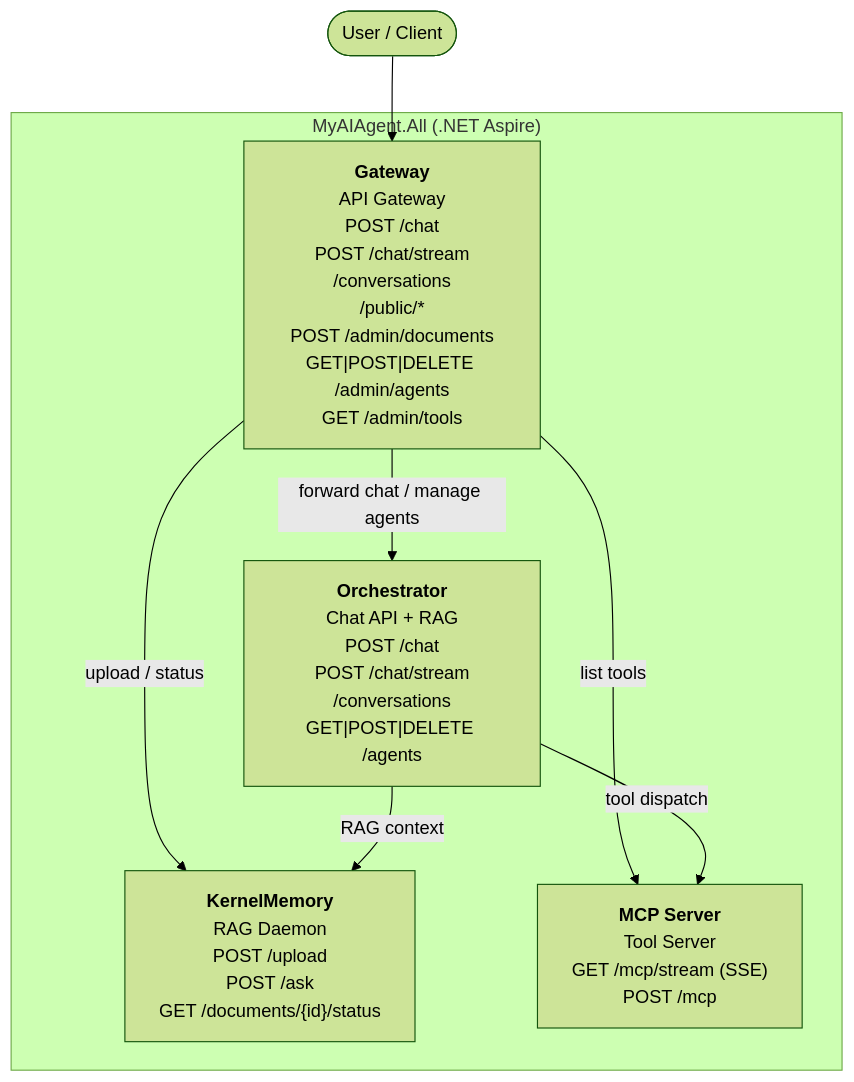
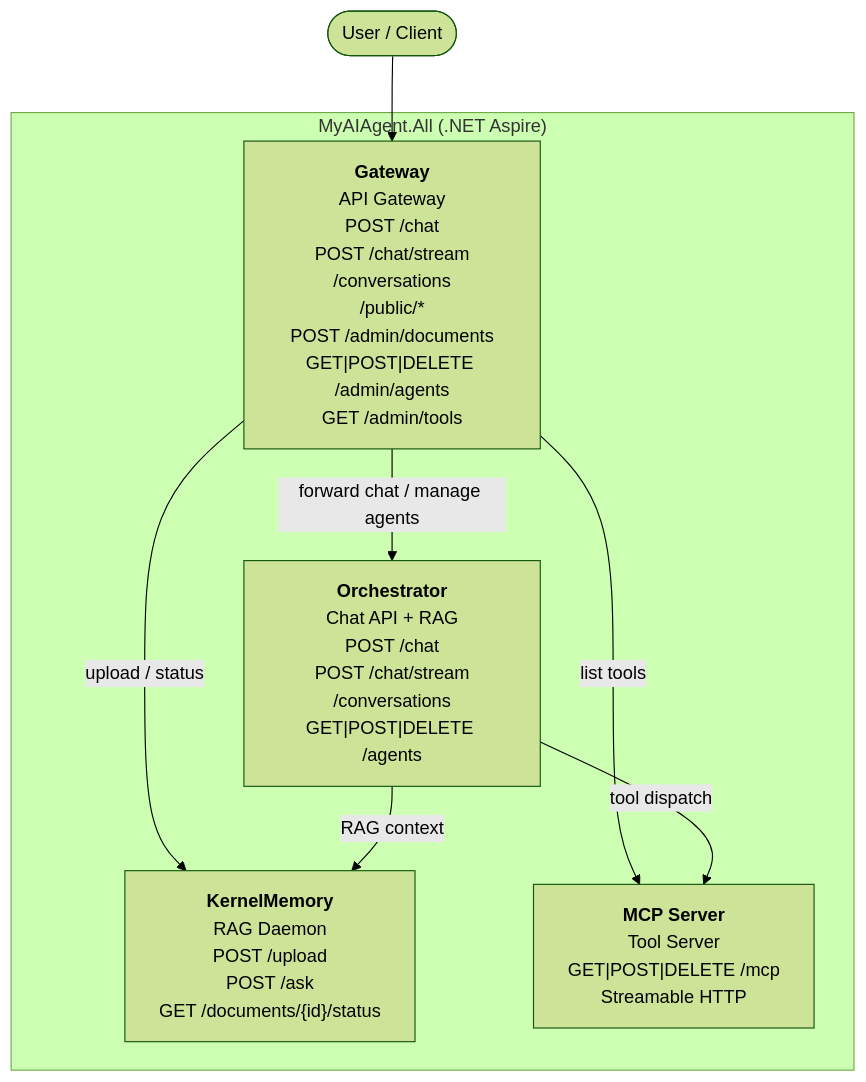
The first of 2 diagrams in README.md (khuongpham1995/MyAIAgent), drawn with Mermaid (forest theme) before and after one commit. The commit also changed other lines of this file and 30 other files, not shown here.

````diff
--- a/README.md
+++ b/README.md
@@ -40,23 +40,23 @@
 ```mermaid
 graph TD
     User(["User / Client"])
 
     subgraph Aspire ["MyAIAgent.All (.NET Aspire)"]
         Gateway["<b>Gateway</b><br/>API Gateway<br/>POST /chat<br/>POST /chat/stream<br/>/conversations<br/>/public/*<br/>POST /admin/documents<br/>GET|POST|DELETE /admin/agents<br/>GET /admin/tools"]
 
         Orchestrator["<b>Orchestrator</b><br/>Chat API + RAG<br/>POST /chat<br/>POST /chat/stream<br/>/conversations<br/>GET|POST|DELETE /agents"]
 
         KernelMemory["<b>KernelMemory</b><br/>RAG Daemon<br/>POST /upload<br/>POST /ask<br/>GET /documents/{id}/status"]
 
-        McpServer["<b>MCP Server</b><br/>Tool Server<br/>GET /mcp/stream (SSE)<br/>POST /mcp"]
+        McpServer["<b>MCP Server</b><br/>Tool Server<br/>GET|POST|DELETE /mcp<br/>Streamable HTTP"]
     end
 
     User --> Gateway
 
     Gateway -- "forward chat / manage agents" --> Orchestrator
     Gateway -- "upload / status" --> KernelMemory
     Gateway -- "list tools" --> McpServer
 
     Orchestrator -- "tool dispatch" --> McpServer
     Orchestrator -- "RAG context" --> KernelMemory
 ```
````
